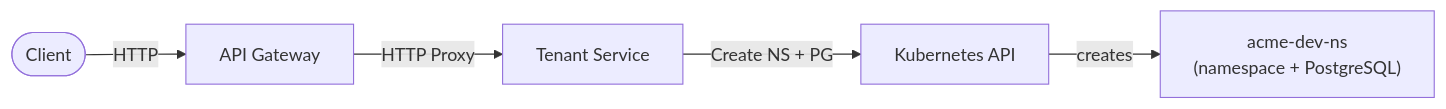
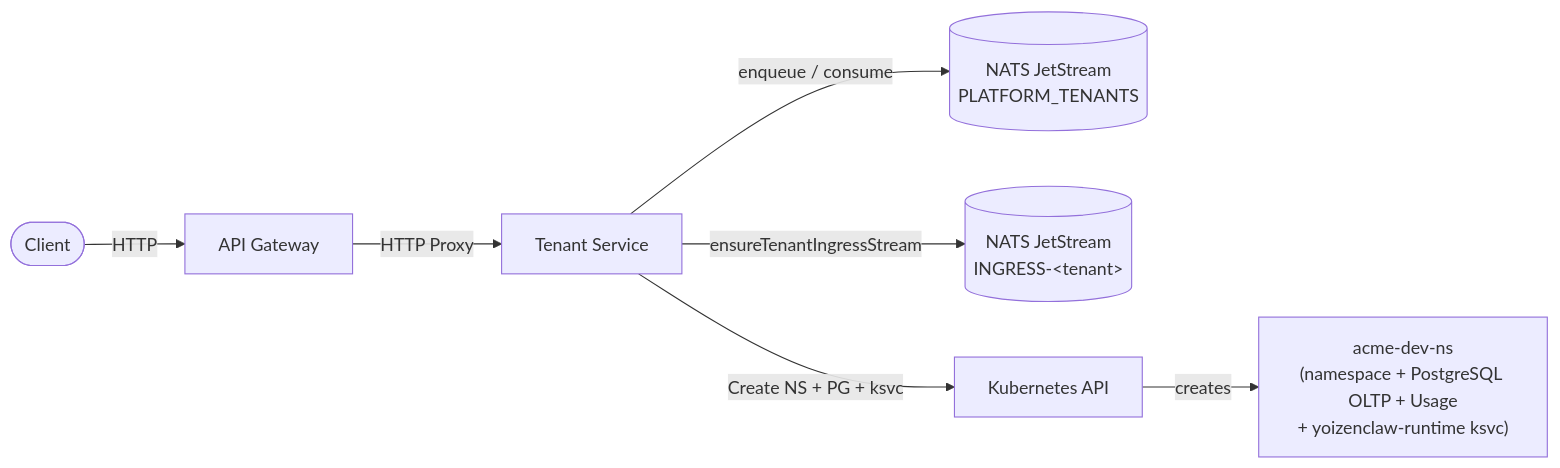
The eighth of 11 diagrams in DOCS/01-ARCHITECTURE.md (ccarnero/colloqui), drawn with Mermaid before and after one commit. The commit also changed other lines of this file and 1 other file, not shown here.

````diff
--- a/DOCS/01-ARCHITECTURE.md
+++ b/DOCS/01-ARCHITECTURE.md
@@ -374,7 +390,9 @@
 ```mermaid
 graph LR
     C([Client]) -->|HTTP| GW["API Gateway"]
     GW -->|HTTP Proxy| TS["Tenant Service"]
-    TS -->|Create NS + PG| K8sAPI[Kubernetes API]
-    K8sAPI -->|creates| NS["acme-dev-ns<br/>(namespace + PostgreSQL)"]
+    TS -->|enqueue / consume| NATSQ[("NATS JetStream<br/>PLATFORM_TENANTS")]
+    TS -->|ensureTenantIngressStream| NATSI[("NATS JetStream<br/>INGRESS-&lt;tenant&gt;")]
+    TS -->|Create NS + PG + ksvc| K8sAPI[Kubernetes API]
+    K8sAPI -->|creates| NS["acme-dev-ns<br/>(namespace + PostgreSQL OLTP + Usage<br/>+ yoizenclaw-runtime ksvc)"]
 ```
````
